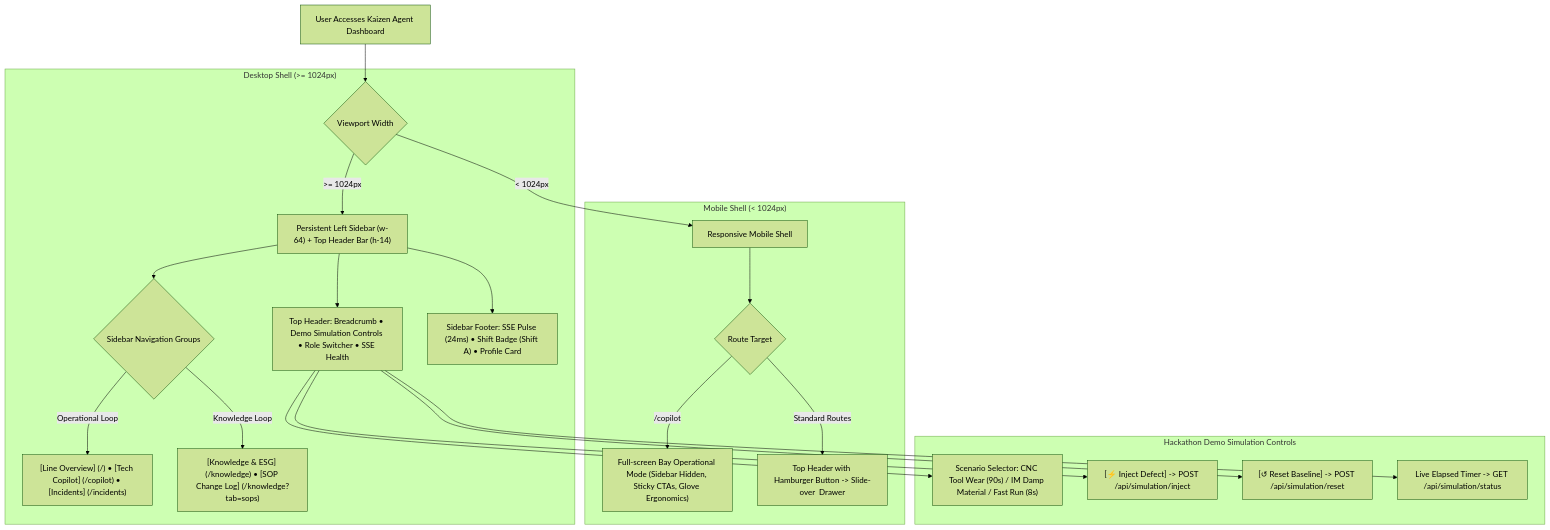
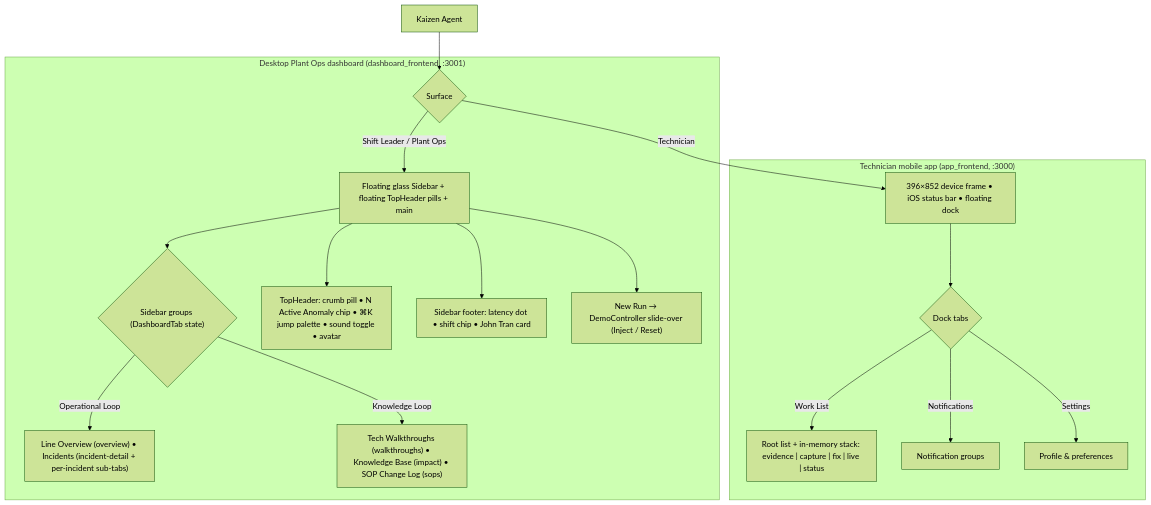
One commit to vanduc2514/hackathon-builder-cup-manufacturing-anomaly changed the diagram in docs/wireframes/00_base_layout.md. Above: the diagram before and after it, drawn with Mermaid (forest theme). The commit also changed other lines of this file and 7 other files, not shown here.

First line of the commit message:
docs: re-base design system and wireframes on liquid glass style

````diff
--- a/docs/wireframes/00_base_layout.md
+++ b/docs/wireframes/00_base_layout.md
@@ -17,27 +21,22 @@
 ```mermaid
 flowchart TD
-    A["User Accesses Kaizen Agent Dashboard"] --> B{"Viewport Width"}
-    
-    subgraph Desktop ["Desktop Shell (>= 1024px)"]
-        B -->|">= 1024px"| C["Persistent Left Sidebar (w-64) + Top Header Bar (h-14)"]
-        C --> D{"Sidebar Navigation Groups"}
-        D -->|"Operational Loop"| D1["[Line Overview] (/) • [Tech Copilot] (/copilot) • [Incidents] (/incidents)"]
-        D -->|"Knowledge Loop"| D2["[Knowledge & ESG] (/knowledge) • [SOP Change Log] (/knowledge?tab=sops)"]
-        C --> E["Top Header: Breadcrumb • Demo Simulation Controls • Role Switcher • SSE Health"]
-        C --> F["Sidebar Footer: SSE Pulse (24ms) • Shift Badge (Shift A) • Profile Card"]
+    A["Kaizen Agent"] --> B{"Surface"}
+
+    subgraph Desktop ["Desktop Plant Ops dashboard (dashboard_frontend, :3001)"]
+        B -->|"Shift Leader / Plant Ops"| C["Floating glass Sidebar + floating TopHeader pills + main"]
+        C --> D{"Sidebar groups (DashboardTab state)"}
+        D -->|"Operational Loop"| D1["Line Overview (overview) • Incidents (incident-detail + per-incident sub-tabs)"]
+        D -->|"Knowledge Loop"| D2["Tech Walkthroughs (walkthroughs) • Knowledge Base (impact) • SOP Change Log (sops)"]
+        C --> E["TopHeader: crumb pill • N Active Anomaly chip • ⌘K jump palette • sound toggle • avatar"]
+        C --> F["Sidebar footer: latency dot • shift chip • John Tran card"]
+        C --> G["New Run → DemoController slide-over (Inject / Reset)"]
     end
-    
-    subgraph Mobile ["Mobile Shell (< 1024px)"]
-        B -->|"< 1024px"| G["Responsive Mobile Shell"]
-        G --> H{"Route Target"}
-        H -->|"/copilot"| I["Full-screen Bay Operational Mode (Sidebar Hidden, Sticky CTAs, Glove Ergonomics)"]
-        H -->|"Standard Routes"| J["Top Header with Hamburger Button -> Slide-over <Sheet> Drawer"]
-    end
-    
-    subgraph DemoBar ["Hackathon Demo Simulation Controls"]
-        E --> K["Scenario Selector: CNC Tool Wear (90s) / IM Damp Material / Fast Run (8s)"]
-        E --> L["[⚡ Inject Defect] -> POST /api/simulation/inject"]
-        E --> M["[↺ Reset Baseline] -> POST /api/simulation/reset"]
-        E --> N["Live Elapsed Timer -> GET /api/simulation/status"]
+
+    subgraph Mobile ["Technician mobile app (app_frontend, :3000)"]
+        B -->|"Technician"| H["396×852 device frame • iOS status bar • floating dock"]
+        H --> I{"Dock tabs"}
+        I -->|"Work List"| I1["Root list + in-memory stack: evidence | capture | fix | live | status"]
+        I -->|"Notifications"| I2["Notification groups"]
+        I -->|"Settings"| I3["Profile & preferences"]
     end
 ```
````
